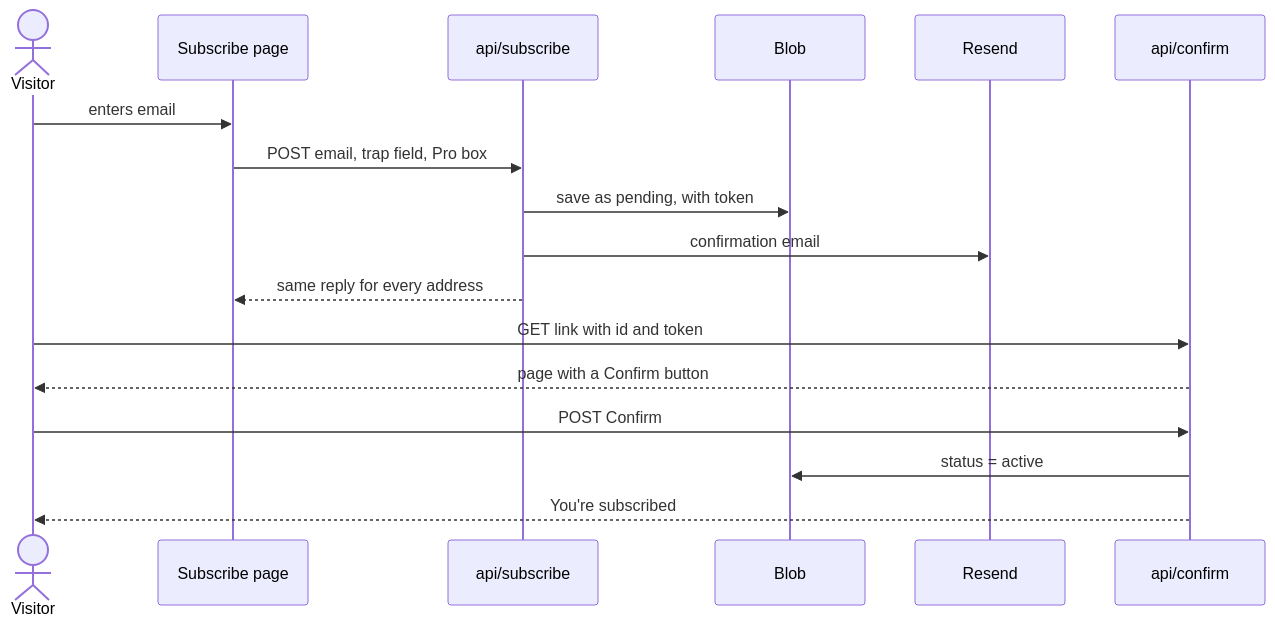
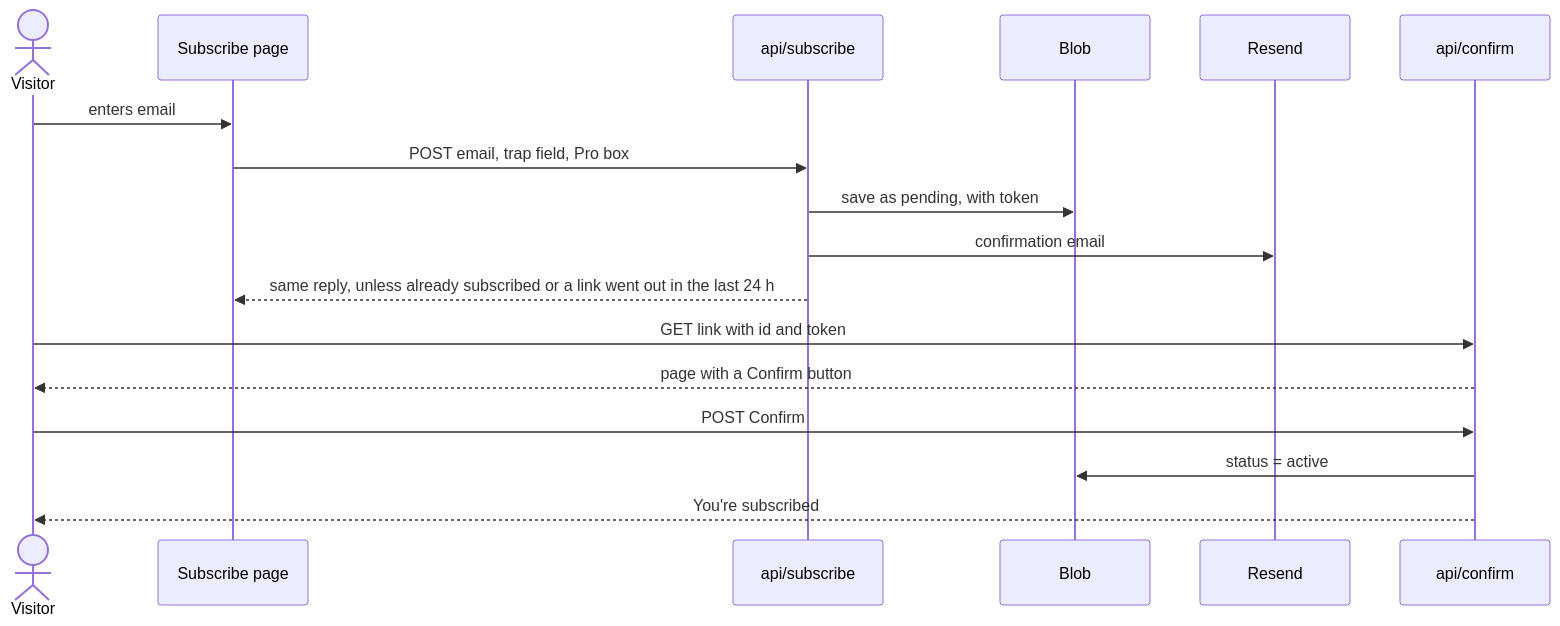
Before and after one commit to bhawnamanglapm/travel-problem-radar-case-study: the second of 6 diagrams in docs/subscriptions/architecture.md, drawn with Mermaid. The commit also changed 5 other files, not shown here.

First line of the commit message:
Docs: one subscription per inbox, and the already-subscribed reply

````diff
--- a/docs/subscriptions/architecture.md
+++ b/docs/subscriptions/architecture.md
@@ -69,19 +69,19 @@
 ```mermaid
 sequenceDiagram
   actor U as Visitor
   participant P as Subscribe page
   participant S as api/subscribe
   participant B as Blob
   participant R as Resend
   participant C as api/confirm
   U->>P: enters email
   P->>S: POST email, trap field, Pro box
   S->>B: save as pending, with token
   S->>R: confirmation email
-  S-->>P: same reply for every address
+  S-->>P: same reply, unless already subscribed or a link went out in the last 24 h
   U->>C: GET link with id and token
   C-->>U: page with a Confirm button
   U->>C: POST Confirm
   C->>B: status = active
   C-->>U: You're subscribed
 ```
````
